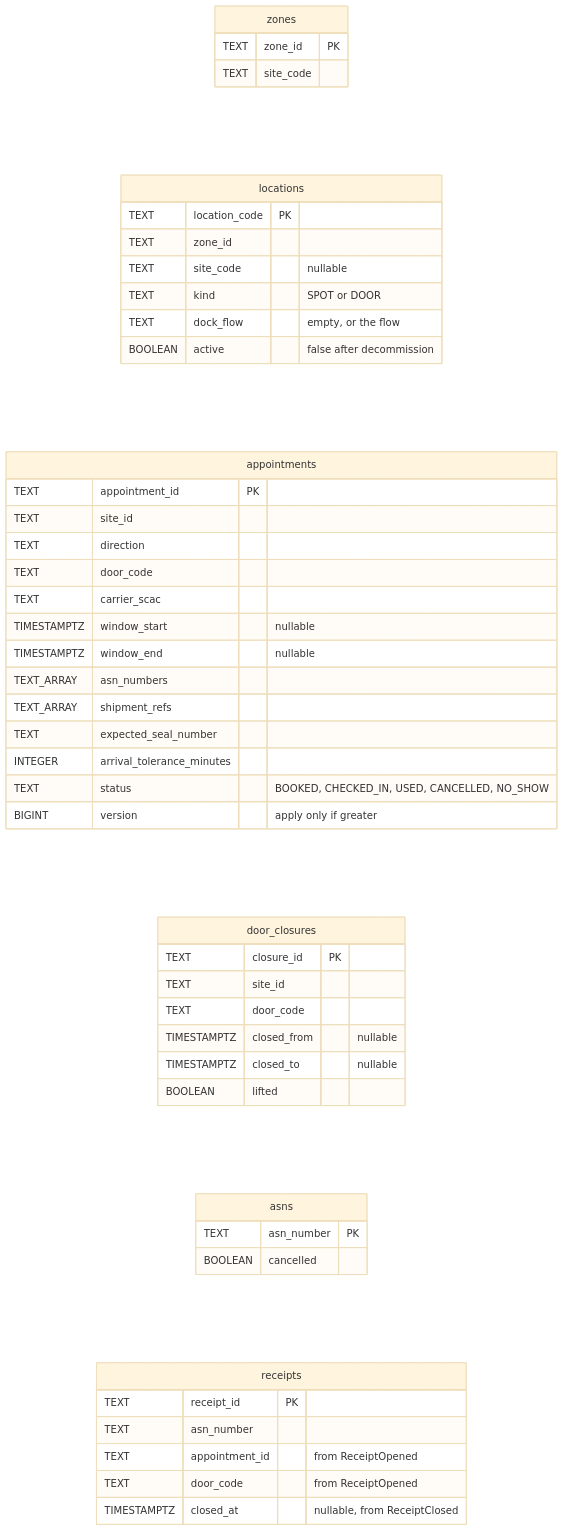
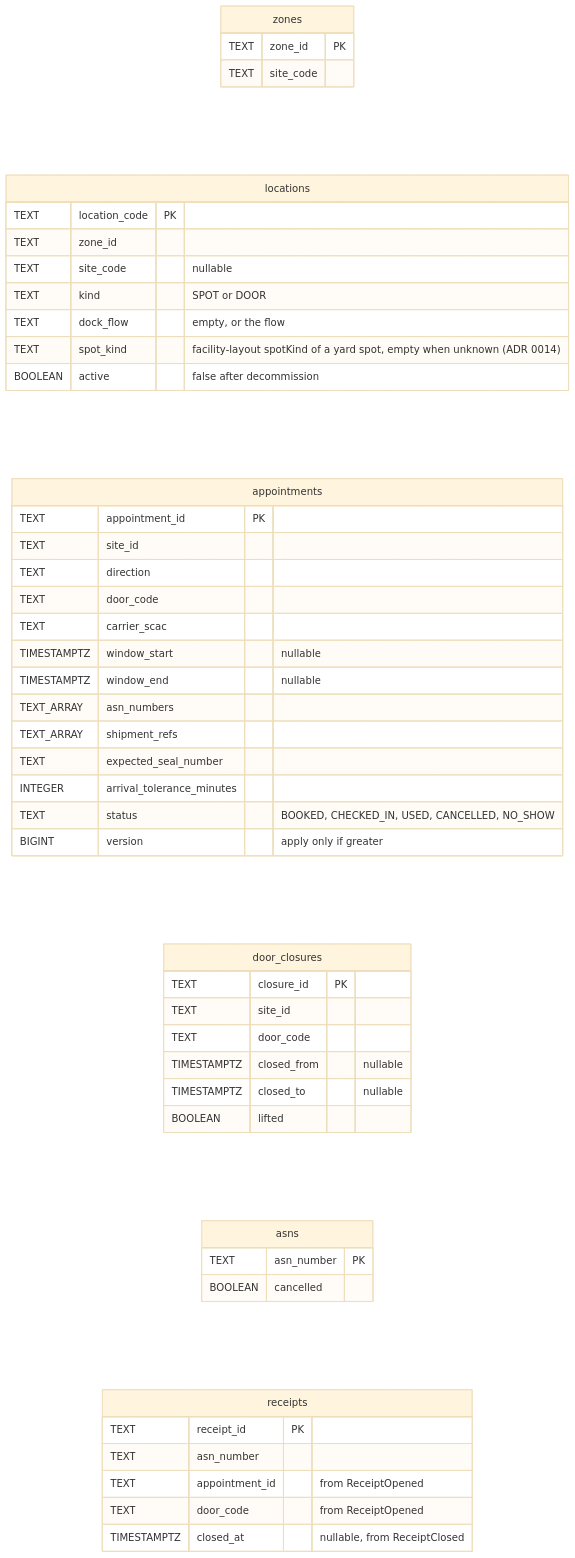
One commit to IQVO/yard-management changed the sixth of 8 diagrams in docs/docs/ddd/entity-relationship.md. Above: the diagram before and after it, drawn with Mermaid (base theme). The commit also changed other lines of this file and 161 other files, not shown here.

````diff
--- a/docs/docs/ddd/entity-relationship.md
+++ b/docs/docs/ddd/entity-relationship.md
@@ -188,50 +196,51 @@
 ```mermaid
 erDiagram
     direction LR
     zones {
         TEXT zone_id PK
         TEXT site_code
     }
     locations {
         TEXT location_code PK
         TEXT zone_id
         TEXT site_code "nullable"
         TEXT kind "SPOT or DOOR"
         TEXT dock_flow "empty, or the flow"
+        TEXT spot_kind "facility-layout spotKind of a yard spot, empty when unknown (ADR 0014)"
         BOOLEAN active "false after decommission"
     }
     appointments {
         TEXT appointment_id PK
         TEXT site_id
         TEXT direction
         TEXT door_code
         TEXT carrier_scac
         TIMESTAMPTZ window_start "nullable"
         TIMESTAMPTZ window_end "nullable"
         TEXT_ARRAY asn_numbers
         TEXT_ARRAY shipment_refs
         TEXT expected_seal_number
         INTEGER arrival_tolerance_minutes
         TEXT status "BOOKED, CHECKED_IN, USED, CANCELLED, NO_SHOW"
         BIGINT version "apply only if greater"
     }
     door_closures {
         TEXT closure_id PK
         TEXT site_id
         TEXT door_code
         TIMESTAMPTZ closed_from "nullable"
         TIMESTAMPTZ closed_to "nullable"
         BOOLEAN lifted
     }
     asns {
         TEXT asn_number PK
         BOOLEAN cancelled
     }
     receipts {
         TEXT receipt_id PK
         TEXT asn_number
         TEXT appointment_id "from ReceiptOpened"
         TEXT door_code "from ReceiptOpened"
         TIMESTAMPTZ closed_at "nullable, from ReceiptClosed"
     }
 ```
````
